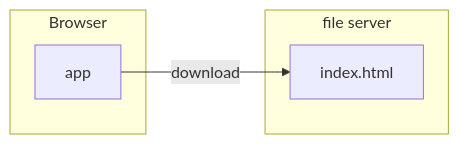
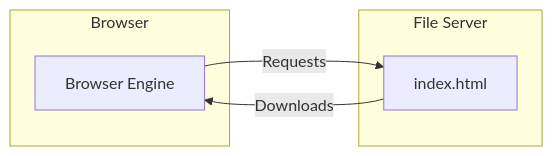
The first of 3 diagrams in instruction/staticDeployment/staticDeployment.md (devops329/devops), drawn with Mermaid before and after one commit. The commit also changed other lines of this file, not shown here.

````diff
--- a/instruction/staticDeployment/staticDeployment.md
+++ b/instruction/staticDeployment/staticDeployment.md
@@ -24,9 +26,10 @@
 ```mermaid
 graph LR;
-    subgraph  Browser
-    app
+    subgraph Browser
+    app[Browser Engine]
     end
-    subgraph file server
-    app-->|download|index.html
+    subgraph File Server
+    app-->|Requests|index.html
+    index.html-->|Downloads|app
     end
 ```
````
